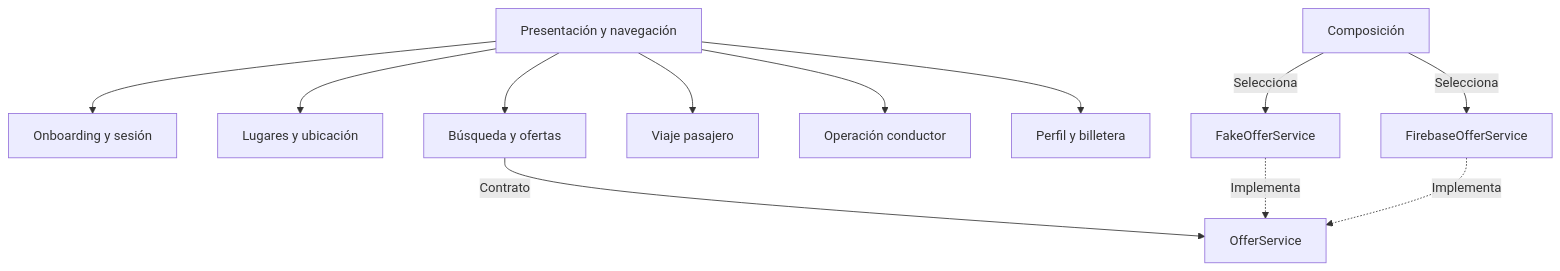
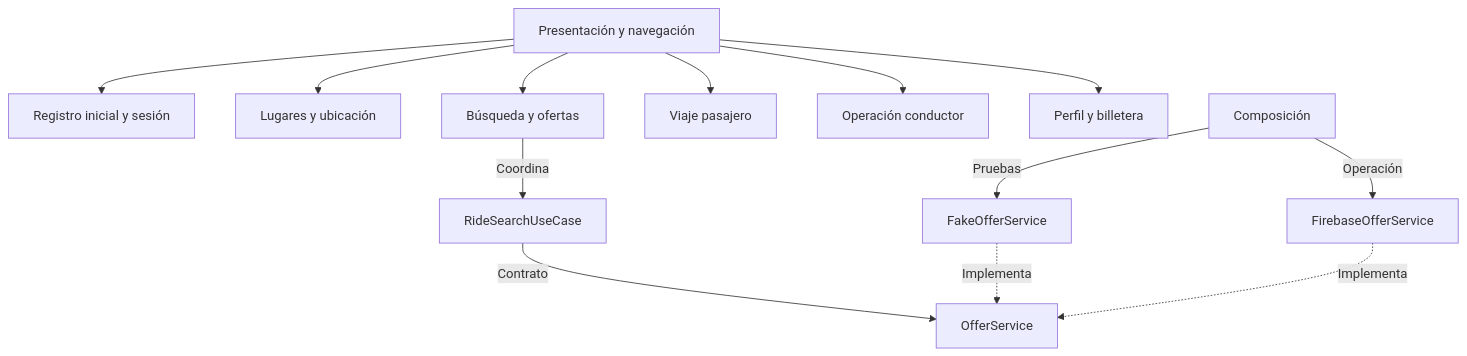
Before and after one commit to ademir-tec/Sprint01-MotoYa: the diagram in img/fuentes/nivel3-componentes.mmd, drawn with Mermaid.

Commit message:
docs: definir diseno MotoYa en nivel3-componentes.mmd

```diff
--- a/img/fuentes/nivel3-componentes.mmd
+++ b/img/fuentes/nivel3-componentes.mmd
@@ -1,12 +1,13 @@
 flowchart TB
-  U[Presentación y navegación] --> O[Onboarding y sesión]
+  U[Presentación y navegación] --> O[Registro inicial y sesión]
   U --> L[Lugares y ubicación]
   U --> Q[Búsqueda y ofertas]
   U --> V[Viaje pasajero]
   U --> C[Operación conductor]
   U --> W[Perfil y billetera]
-  Q -->|Contrato| S[OfferService]
-  X[Composición] -->|Selecciona| F[FakeOfferService]
-  X -->|Selecciona| B[FirebaseOfferService]
+  Q -->|Coordina| CU[RideSearchUseCase]
+  CU -->|Contrato| S[OfferService]
+  X[Composición] -->|Pruebas| F[FakeOfferService]
+  X -->|Operación| B[FirebaseOfferService]
   F -.->|Implementa| S
   B -.->|Implementa| S
```
